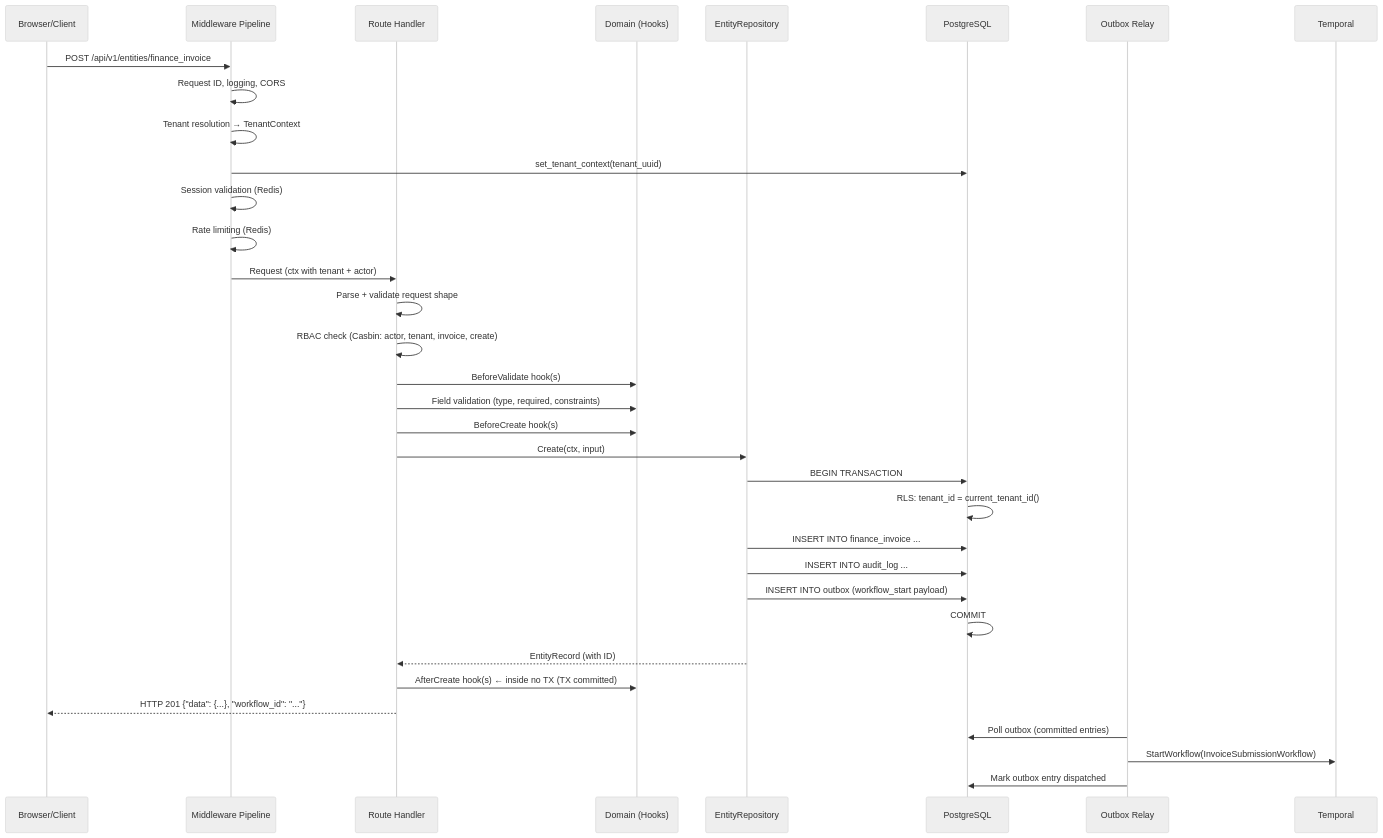
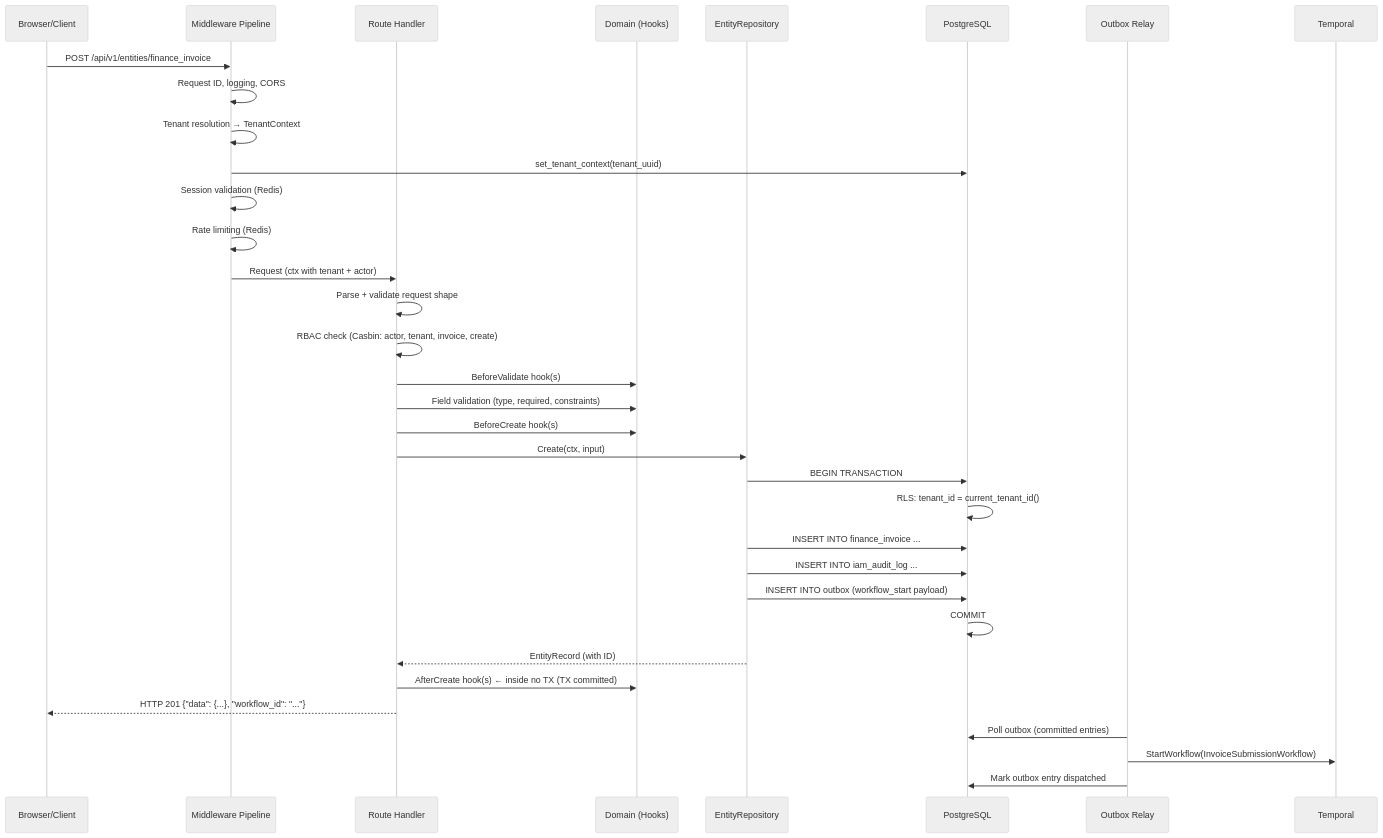
Before and after one commit to niiniyare/erp: the seventh of 8 diagrams in awo/docs/01-introduction/architecture-overview.md, drawn with Mermaid (neutral theme). The commit also changed 68 other files, not shown here.

````diff
--- a/awo/docs/01-introduction/architecture-overview.md
+++ b/awo/docs/01-introduction/architecture-overview.md
@@ -346,41 +346,41 @@
 ```mermaid
 sequenceDiagram
     participant Br as Browser/Client
     participant MP as Middleware Pipeline
     participant H as Route Handler
     participant DOM as Domain (Hooks)
     participant REPO as EntityRepository
     participant PG as PostgreSQL
     participant OB as Outbox Relay
     participant TMP as Temporal
 
     Br->>MP: POST /api/v1/entities/finance_invoice
     MP->>MP: Request ID, logging, CORS
     MP->>MP: Tenant resolution → TenantContext
     MP->>PG: set_tenant_context(tenant_uuid)
     MP->>MP: Session validation (Redis)
     MP->>MP: Rate limiting (Redis)
     MP->>H: Request (ctx with tenant + actor)
 
     H->>H: Parse + validate request shape
     H->>H: RBAC check (Casbin: actor, tenant, invoice, create)
     H->>DOM: BeforeValidate hook(s)
     H->>DOM: Field validation (type, required, constraints)
     H->>DOM: BeforeCreate hook(s)
     H->>REPO: Create(ctx, input)
 
     REPO->>PG: BEGIN TRANSACTION
     PG->>PG: RLS: tenant_id = current_tenant_id()
     REPO->>PG: INSERT INTO finance_invoice ...
-    REPO->>PG: INSERT INTO audit_log ...
+    REPO->>PG: INSERT INTO iam_audit_log ...
     REPO->>PG: INSERT INTO outbox (workflow_start payload)
     PG->>PG: COMMIT
 
     REPO-->>H: EntityRecord (with ID)
     H->>DOM: AfterCreate hook(s) ← inside no TX (TX committed)
     H-->>Br: HTTP 201 {"data": {...}, "workflow_id": "..."}
 
     OB->>PG: Poll outbox (committed entries)
     OB->>TMP: StartWorkflow(InvoiceSubmissionWorkflow)
     OB->>PG: Mark outbox entry dispatched
 ```
````
